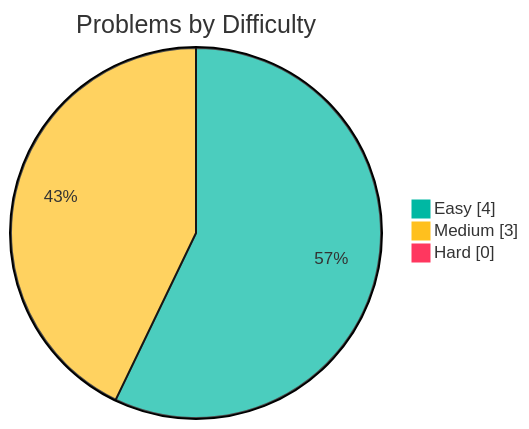
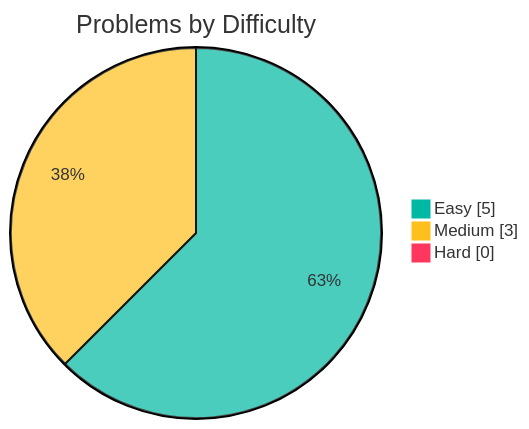
The first of 2 diagrams in README.md (samy-D5/Leetcode), drawn with Mermaid before and after one commit. The commit also changed other lines of this file, not shown here.

````diff
--- a/README.md
+++ b/README.md
@@ -10,7 +10,7 @@
 ```mermaid
 %%{init: {"theme":"base","themeVariables":{"pie1":"#00b8a3","pie2":"#ffc01e","pie3":"#ff375f"}}}%%
 pie showData title Problems by Difficulty
-    "Easy" : 4
+    "Easy" : 5
     "Medium" : 3
     "Hard" : 0
 ```
````
